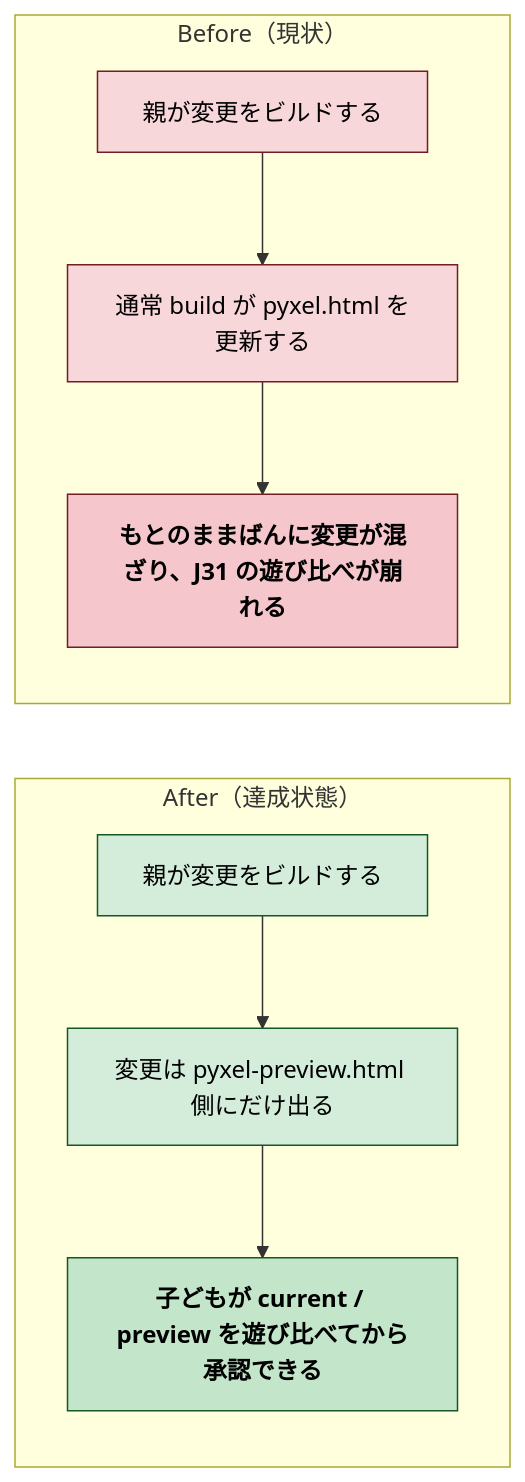
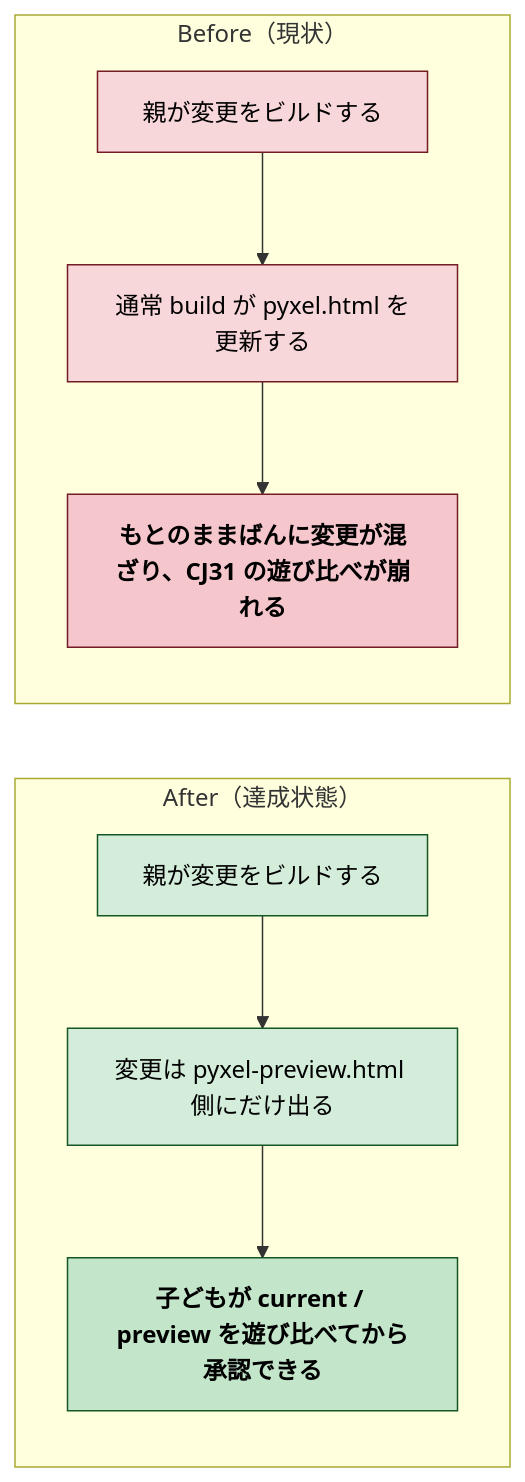
One commit to tatsuro-ueda/code-quest-pyxel changed the first of 4 diagrams in docs/steering/done/20260412-j38-preview-build-flow.md. Above: the diagram before and after it, drawn with Mermaid. The commit also changed other lines of this file and 27 other files, not shown here.

````diff
--- a/docs/steering/done/20260412-j38-preview-build-flow.md
+++ b/docs/steering/done/20260412-j38-preview-build-flow.md
@@ -27,28 +27,28 @@
 ```mermaid
 flowchart TB
     subgraph BEFORE["Before（現状）"]
         direction TB
         B1["親が変更をビルドする"]
         B1 --> B2["通常 build が pyxel.html を更新する"]
-        B2 --> B_END["もとのままばんに変更が混ざり、J31 の遊び比べが崩れる"]
+        B2 --> B_END["もとのままばんに変更が混ざり、CJ31 の遊び比べが崩れる"]
     end
 
     subgraph AFTER["After（達成状態）"]
         direction TB
         A1["親が変更をビルドする"]
         A1 --> A2["変更は pyxel-preview.html 側にだけ出る"]
         A2 --> A_END["子どもが current / preview を遊び比べてから承認できる"]
     end
 
     BEFORE ~~~ AFTER
 
     classDef oldStyle fill:#f8d7da,stroke:#721c24,color:#000000;
     classDef newStyle fill:#d4edda,stroke:#155724,color:#000000;
     classDef endOld fill:#f5c6cb,stroke:#721c24,color:#000000,font-weight:bold;
     classDef endNew fill:#c3e6cb,stroke:#155724,color:#000000,font-weight:bold;
 
     class B1,B2 oldStyle;
     class A1,A2 newStyle;
     class B_END endOld;
     class A_END endNew;
 ```
````
